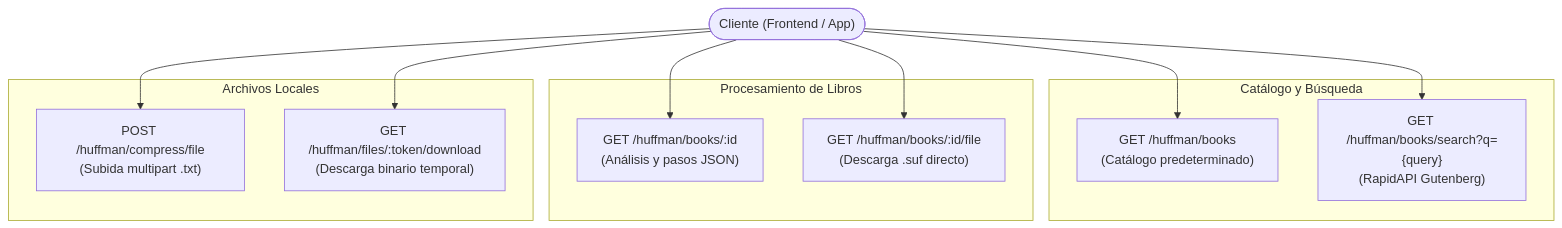
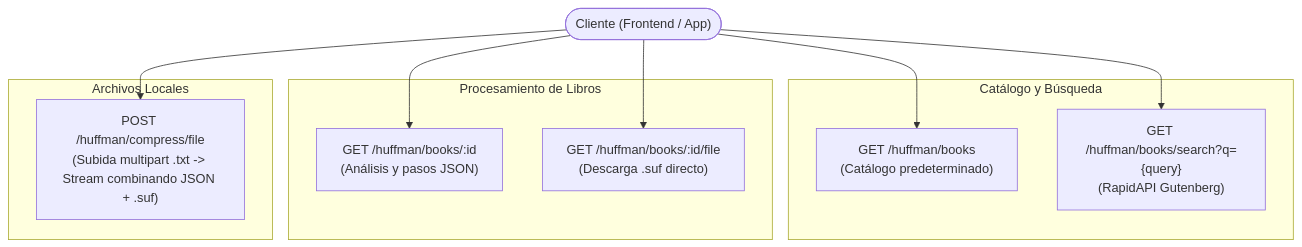
The diagram in docs/FORMATO-HUFFMAN.md (qci-stack-underflow/algorithms-visualization-backend), drawn with Mermaid before and after one commit. The commit also changed other lines of this file and 1 other file, not shown here.

First line of the commit message:
docs: align Huffman API docs and types with decisions from #52 and #53

````diff
--- a/docs/FORMATO-HUFFMAN.md
+++ b/docs/FORMATO-HUFFMAN.md
@@ -50,26 +50,24 @@
 ```mermaid
 flowchart TD
     Client(["Cliente (Frontend / App)"])
     
     subgraph Catálogo y Búsqueda
         E1["GET /huffman/books<br/>(Catálogo predeterminado)"]
         E2["GET /huffman/books/search?q={query}<br/>(RapidAPI Gutenberg)"]
     end
 
     subgraph Procesamiento de Libros
         E3["GET /huffman/books/:id<br/>(Análisis y pasos JSON)"]
         E4["GET /huffman/books/:id/file<br/>(Descarga .suf directo)"]
     end
 
     subgraph Archivos Locales
-        E5["POST /huffman/compress/file<br/>(Subida multipart .txt)"]
-        E6["GET /huffman/files/:token/download<br/>(Descarga binario temporal)"]
+        E5["POST /huffman/compress/file<br/>(Subida multipart .txt -> Stream combinando JSON + .suf)"]
     end
 
     Client --> E1
     Client --> E2
     Client --> E3
     Client --> E4
     Client --> E5
-    Client --> E6
 ```
````
